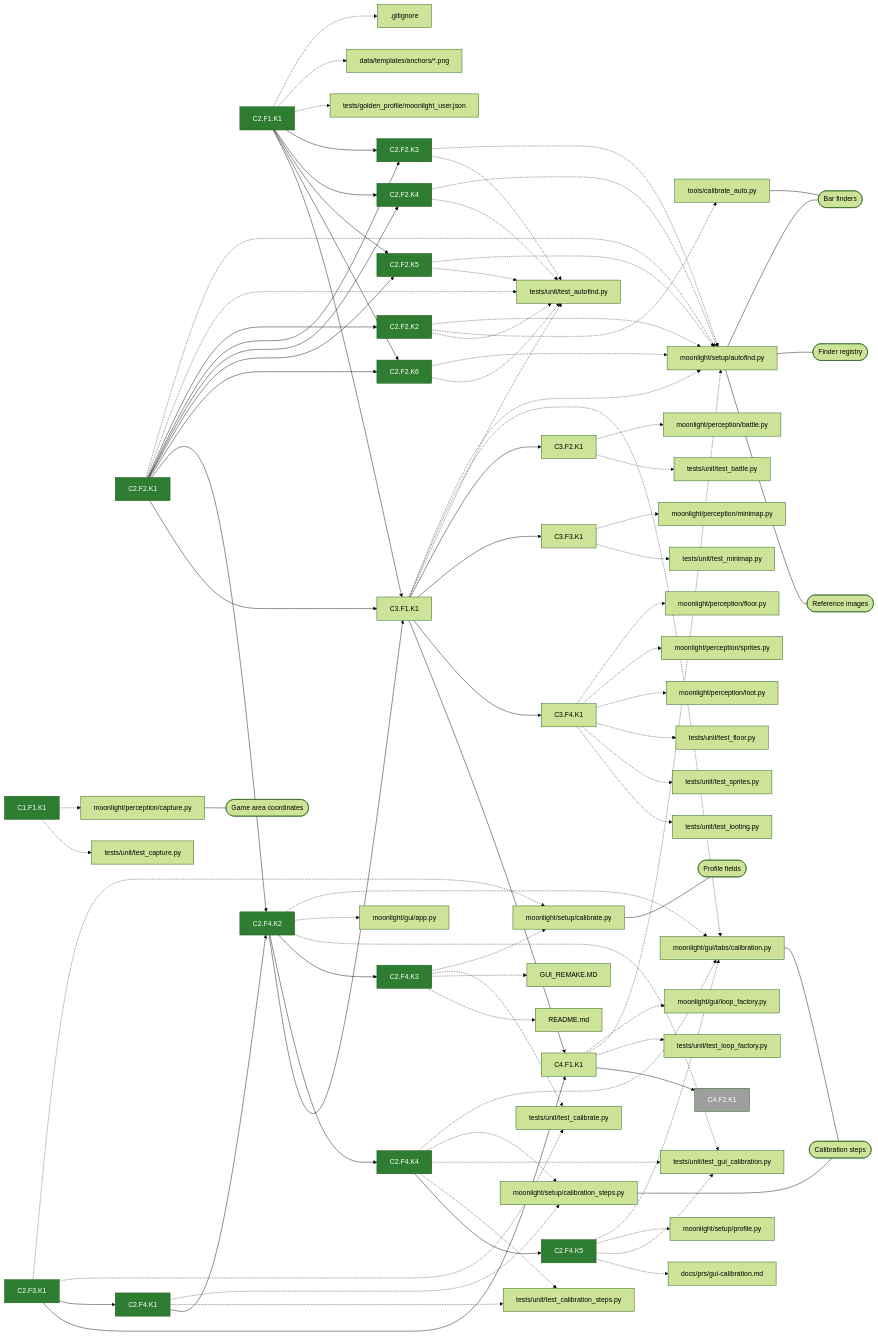
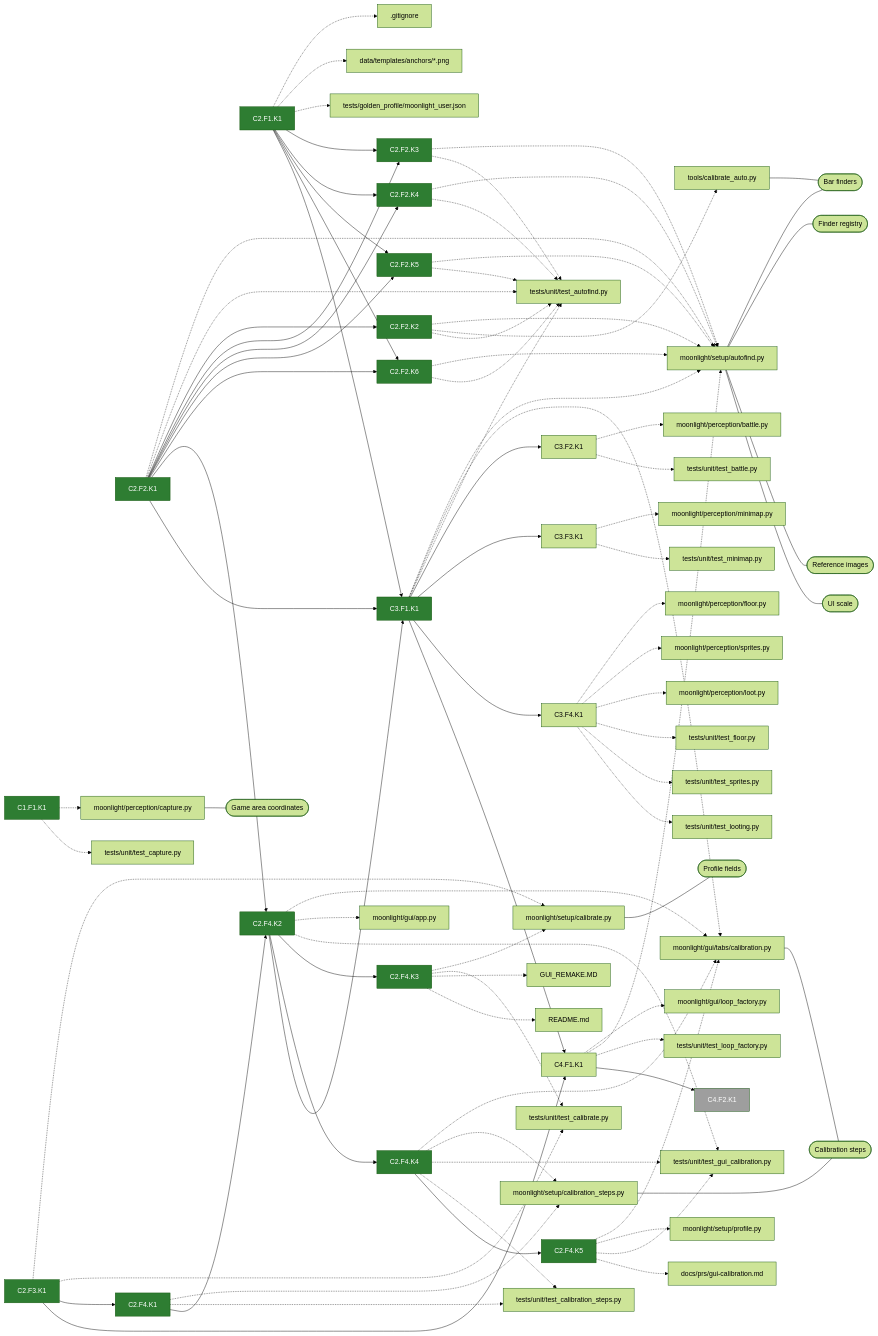
One commit to Mascotte33/Moonlight changed the diagram in docs/prs/gui-calibration.md. Above: the diagram before and after it, drawn with Mermaid (forest theme). The commit also changed 4 other files, not shown here.

```diff
--- a/docs/prs/gui-calibration.md
+++ b/docs/prs/gui-calibration.md
@@ -85,7 +85,7 @@
   t11["C2.F4.K3"]:::done
   t12["C2.F4.K4"]:::done
   t13["C2.F4.K5"]:::done
-  t14["C3.F1.K1"]
+  t14["C3.F1.K1"]:::done
   t15["C3.F2.K1"]
   t16["C3.F3.K1"]
   t17["C3.F4.K1"]
@@ -128,6 +128,7 @@
   c3(["Game area coordinates"])
   c4(["Profile fields"])
   c5(["Reference images"])
+  c6(["UI scale"])
   t0 -.-> f9
   t0 -.-> f23
   t1 -.-> f0
@@ -210,6 +211,7 @@
   f14 --- c0
   f14 --- c2
   f14 --- c5
+  f14 --- c6
   f15 --- c4
   f16 --- c1
   f30 --- c0
```
